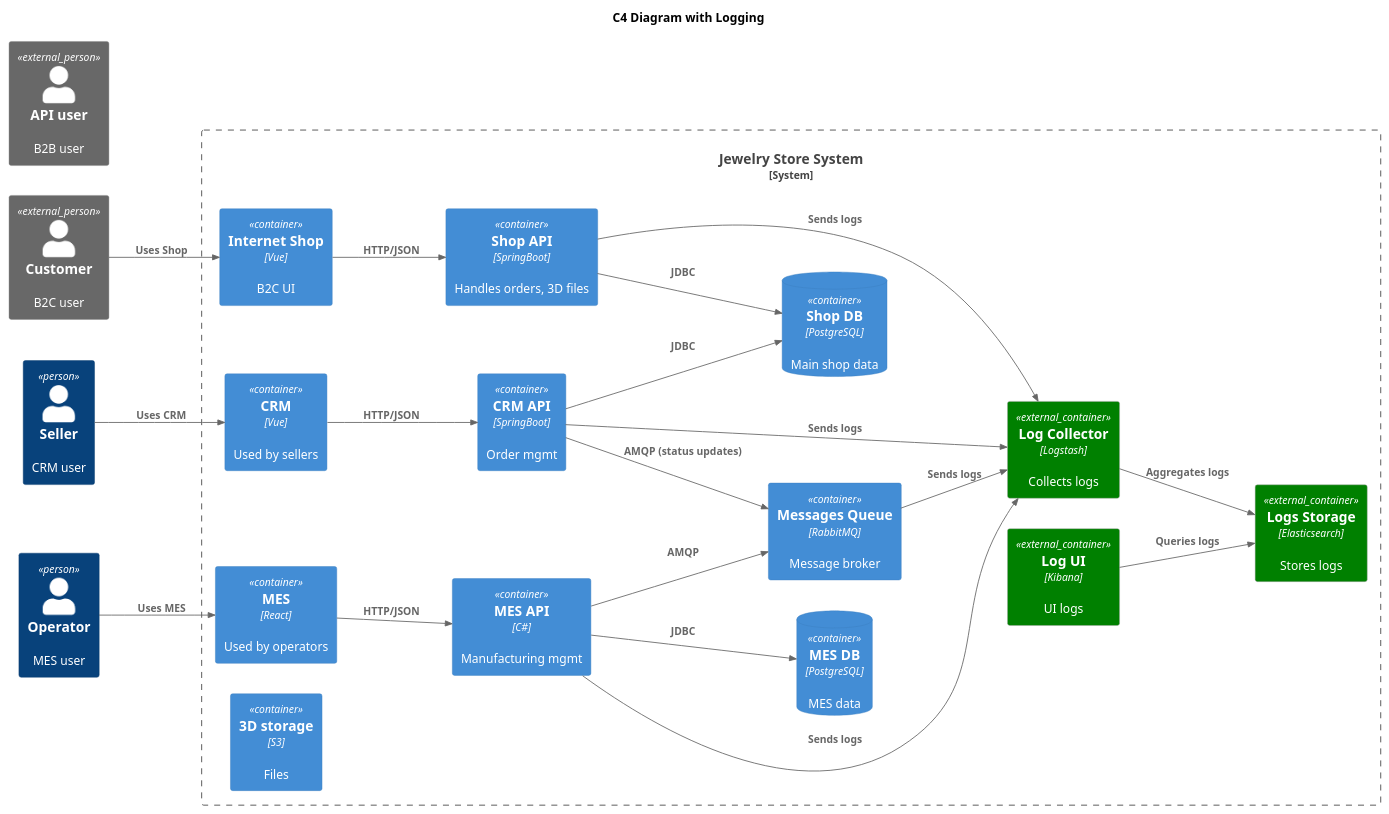
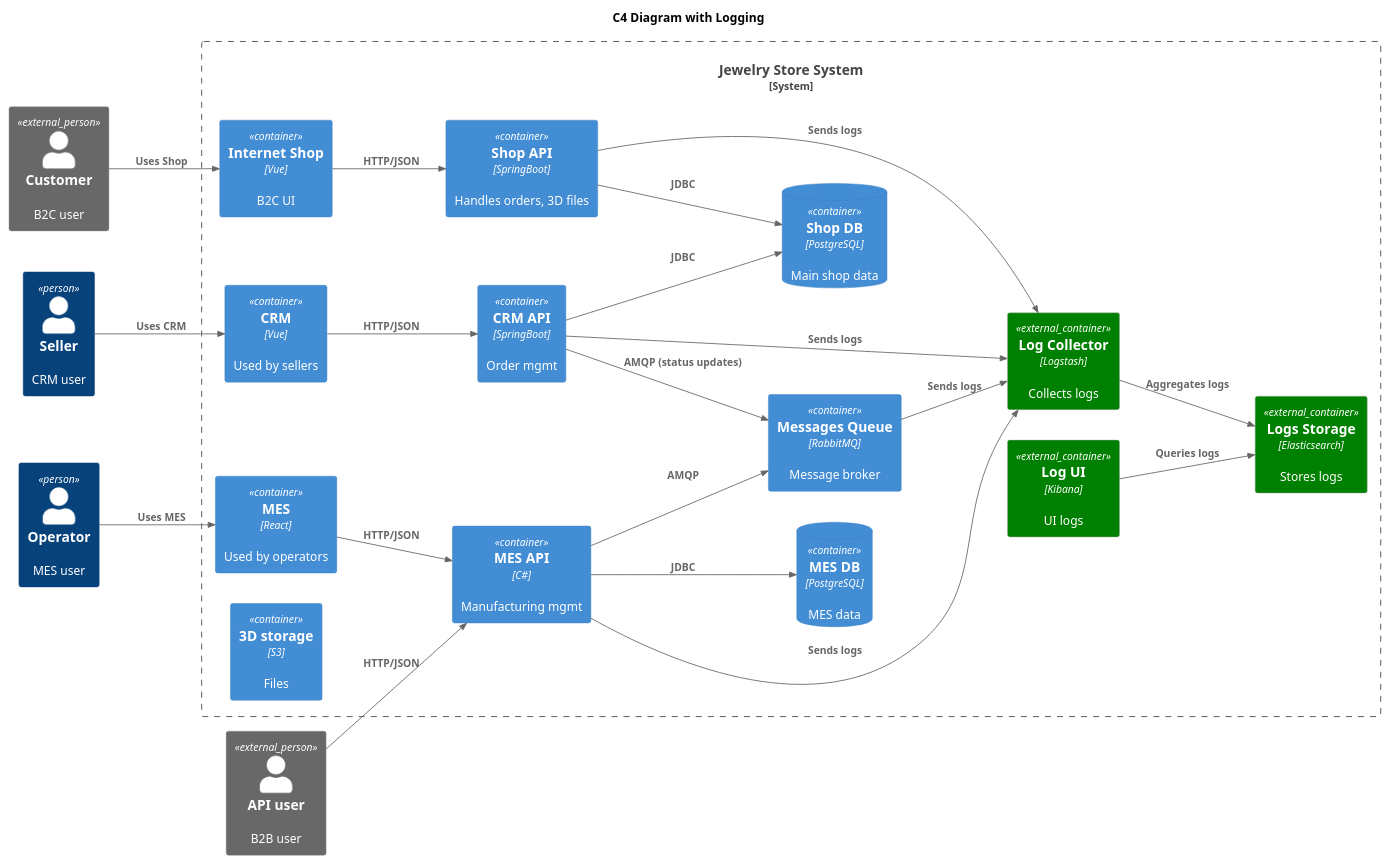
Before and after one commit to Rzr18/architecture-sprint-4: the diagram in Exc4/C4_withLogging.puml, drawn with PlantUML. The commit also changed 2 other files, not shown here.

Commit message:
add diagram link

```diff
--- a/Exc4/C4_withLogging.puml
+++ b/Exc4/C4_withLogging.puml
@@ -1,62 +1,63 @@
 @startuml C4_JewelryStoreSystem_Logging
 !include https://raw.githubusercontent.com/RicardoNiepel/C4-PlantUML/master/C4_Container.puml
 
 skinparam componentStyle rectangle
 skinparam rectangle {
   BackgroundColor #EBEBEB
   BorderColor gray
 }
 
 
 LAYOUT_LEFT_RIGHT()
 title C4 Diagram with Logging
 
 Person_Ext(customer, "Customer", "B2C user")
 Person_Ext(apiUser, "API user", "B2B user")
 Person(seller, "Seller", "CRM user")
 Person(operator, "Operator", "MES user")
 
 System_Boundary(jewelrySystem, "Jewelry Store System") {
   Container(internetShop, "Internet Shop", "Vue", "B2C UI")
   Container(shopApi, "Shop API", "SpringBoot", "Handles orders, 3D files")
   ContainerDb(shopDb, "Shop DB", "PostgreSQL", "Main shop data")
 
   Container(crm, "CRM", "Vue", "Used by sellers")
   Container(crmApi, "CRM API", "SpringBoot", "Order mgmt")
   
   Container(mes, "MES", "React", "Used by operators")
   Container(mesApi, "MES API", "C#", "Manufacturing mgmt")
   ContainerDb(mesDb, "MES DB", "PostgreSQL", "MES data")
 
   Container(messagesQueue, "Messages Queue", "RabbitMQ", "Message broker")
   Container(storage3D, "3D storage", "S3", "Files")
 
   ' Новые лог-компоненты
   Container_Ext(logCollector, "Log Collector", "Logstash", "Collects logs") #green
   Container_Ext(logStore, "Logs Storage", "Elasticsearch", "Stores logs") #green
   Container_Ext(logUI, "Log UI", "Kibana", "UI logs") #green
 }
 
 ' Связи
 Rel(customer, internetShop, "Uses Shop")
 Rel(internetShop, shopApi, "HTTP/JSON")
 Rel(shopApi, shopDb, "JDBC")
 Rel(seller, crm, "Uses CRM")
 Rel(crm, crmApi, "HTTP/JSON")
 Rel(crmApi, shopDb, "JDBC")
 Rel(crmApi, messagesQueue, "AMQP (status updates)")
 Rel(operator, mes, "Uses MES")
 Rel(mes, mesApi, "HTTP/JSON")
+Rel(apiUser, mesApi, "HTTP/JSON")
 Rel(mesApi, mesDb, "JDBC")
 Rel(mesApi, messagesQueue, "AMQP")
 
 ' Логирование - каждый сервис отсылает логи в collector
 Rel(shopApi, logCollector, "Sends logs") 
 Rel(crmApi, logCollector, "Sends logs") 
 Rel(mesApi, logCollector, "Sends logs") 
 Rel(messagesQueue, logCollector, "Sends logs") 
 
 Rel(logCollector, logStore, "Aggregates logs") 
 Rel(logUI, logStore, "Queries logs") 
 
 @enduml
```
